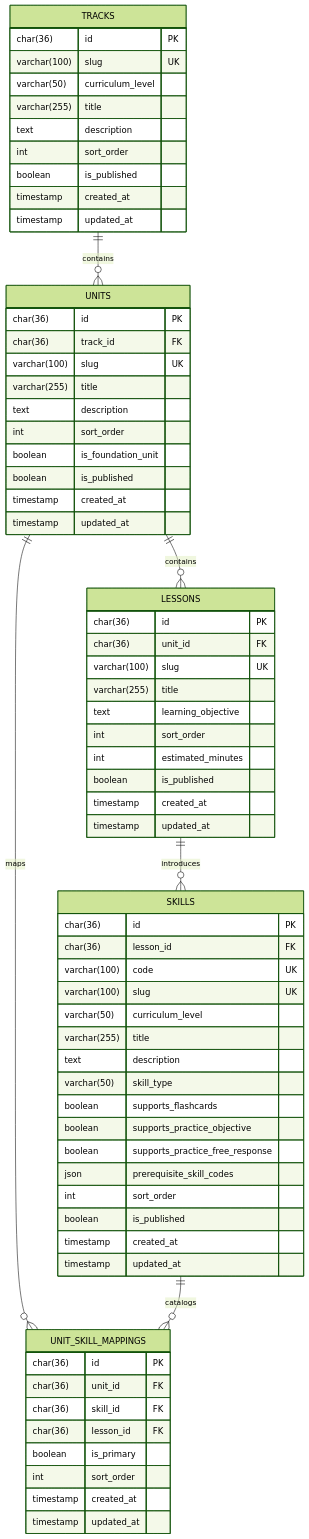
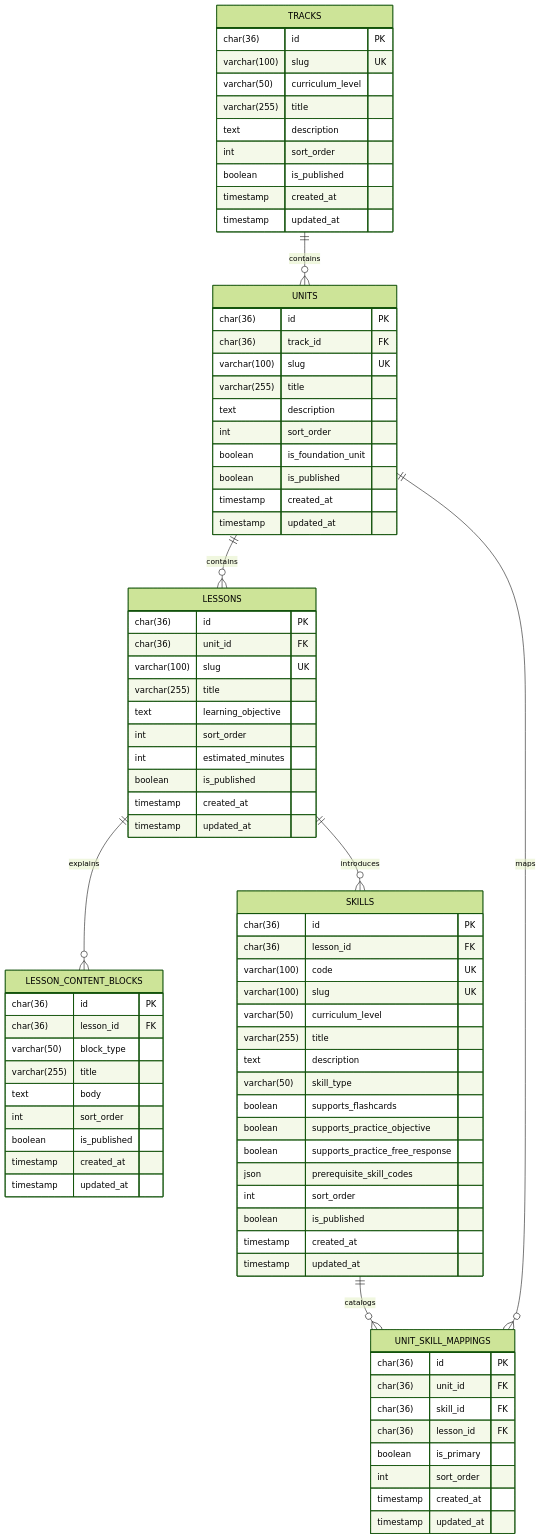
Before and after one commit to bpkcongli/kotoba-flow: the diagram in docs/erd/syllabus-domain.md, drawn with Mermaid (forest theme). The commit also changed other lines of this file and 10 other files, not shown here.

Commit message:
docs: enhance syllabus API documentation and schema to include lesson details and content blocks

```diff
--- a/docs/erd/syllabus-domain.md
+++ b/docs/erd/syllabus-domain.md
@@ -16,6 +17,7 @@
 erDiagram
     TRACKS ||--o{ UNITS : contains
     UNITS ||--o{ LESSONS : contains
+    LESSONS ||--o{ LESSON_CONTENT_BLOCKS : explains
     LESSONS ||--o{ SKILLS : introduces
     UNITS ||--o{ UNIT_SKILL_MAPPINGS : maps
     SKILLS ||--o{ UNIT_SKILL_MAPPINGS : catalogs
@@ -58,6 +60,18 @@
         timestamp updated_at
     }
 
+    LESSON_CONTENT_BLOCKS {
+        char(36) id PK
+        char(36) lesson_id FK
+        varchar(50) block_type
+        varchar(255) title
+        text body
+        int sort_order
+        boolean is_published
+        timestamp created_at
+        timestamp updated_at
+    }
+
     SKILLS {
         char(36) id PK
         char(36) lesson_id FK
```
